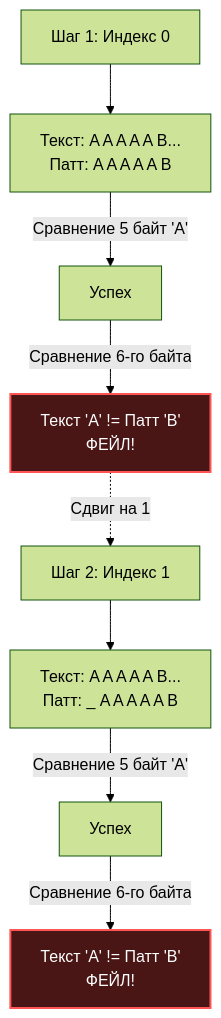
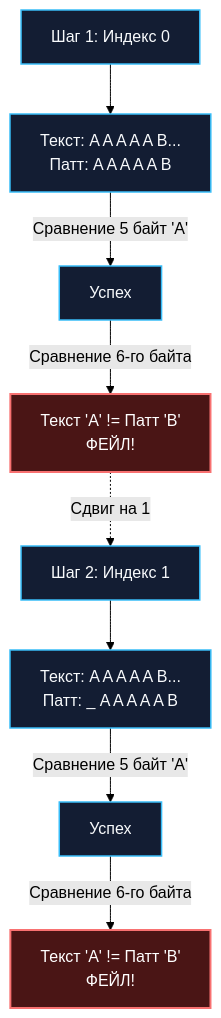
Before and after one commit to UnrealTemplier/go-textbook: the diagram in sources/20. Алгоритмы и структуры данных (DSA) на Go/12. Строки/1. Поиск подстроки.md, drawn with Mermaid (forest theme). The commit also changed other lines of this file, not shown here.

````diff
--- a/sources/20. Алгоритмы и структуры данных (DSA) на Go/12. Строки/1. Поиск подстроки.md
+++ b/sources/20. Алгоритмы и структуры данных (DSA) на Go/12. Строки/1. Поиск подстроки.md
@@ -81,15 +34,16 @@
 ```mermaid
 flowchart TD
     S["Шаг 1: Индекс 0"] --> M1["Текст: A A A A A B...<br>Патт: A A A A A B"]
     M1 -->|Сравнение 5 байт 'A'| B1["Успех"]
     B1 -->|Сравнение 6-го байта| F1["Текст 'A' != Патт 'B'<br>ФЕЙЛ!"]
     
     F1 -.->|"Сдвиг на 1"| S2["Шаг 2: Индекс 1"]
     
     S2 --> M2["Текст: A A A A A B...<br>Патт: _ A A A A A B"]
     M2 -->|Сравнение 5 байт 'A'| B2["Успех"]
     B2 -->|Сравнение 6-го байта| F2["Текст 'A' != Патт 'B'<br>ФЕЙЛ!"]
-    
-    style F1 fill:#4a1515,stroke:#ff5555,stroke-width:2px,color:#fff
-    style F2 fill:#4a1515,stroke:#ff5555,stroke-width:2px,color:#fff
+
+    classDef default fill:#131d33,stroke:#38bdf8,stroke-width:1.5px,color:#f8fafc;
+    classDef failNode fill:#4a1515,stroke:#f87171,stroke-width:2px,color:#ffffff;
+    class F1,F2 failNode;
 ```
````
